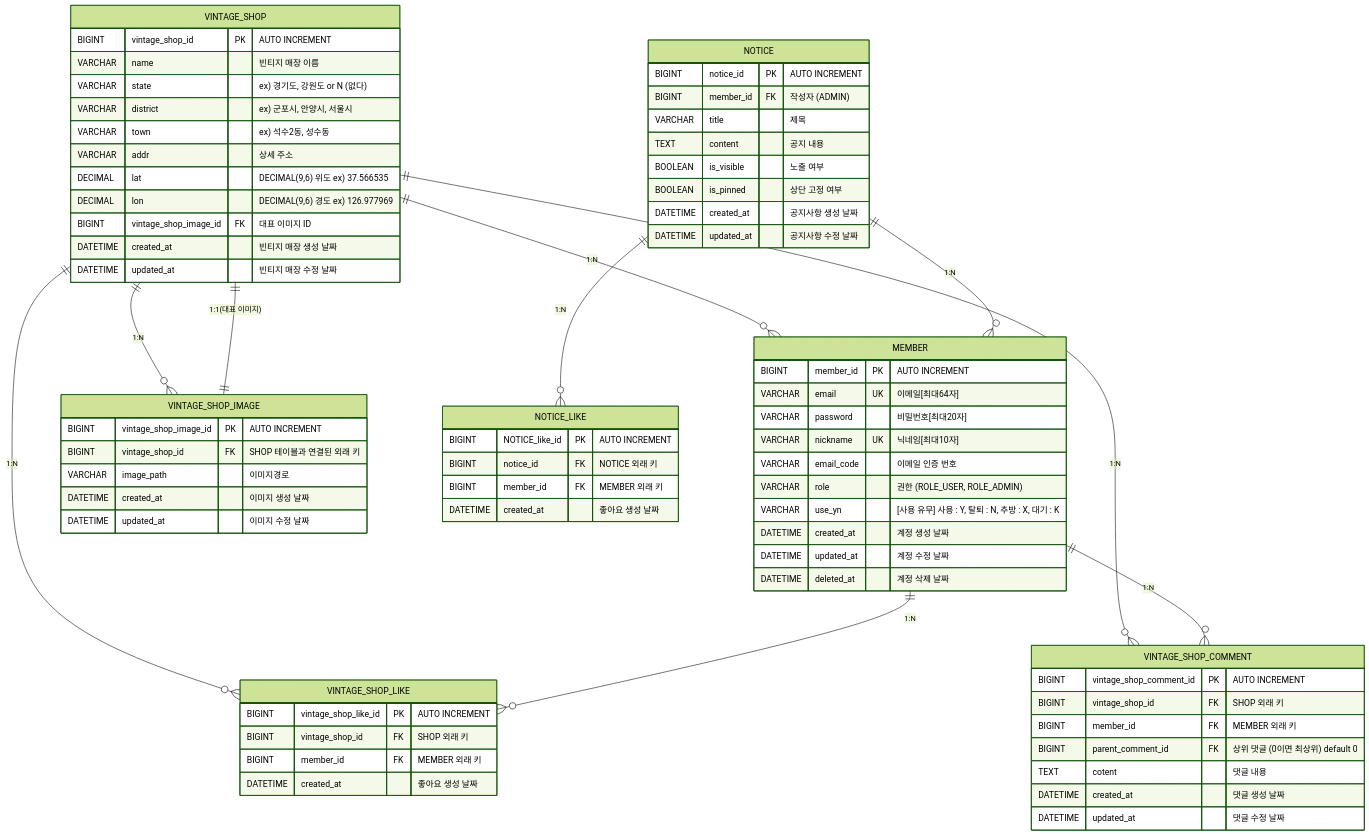
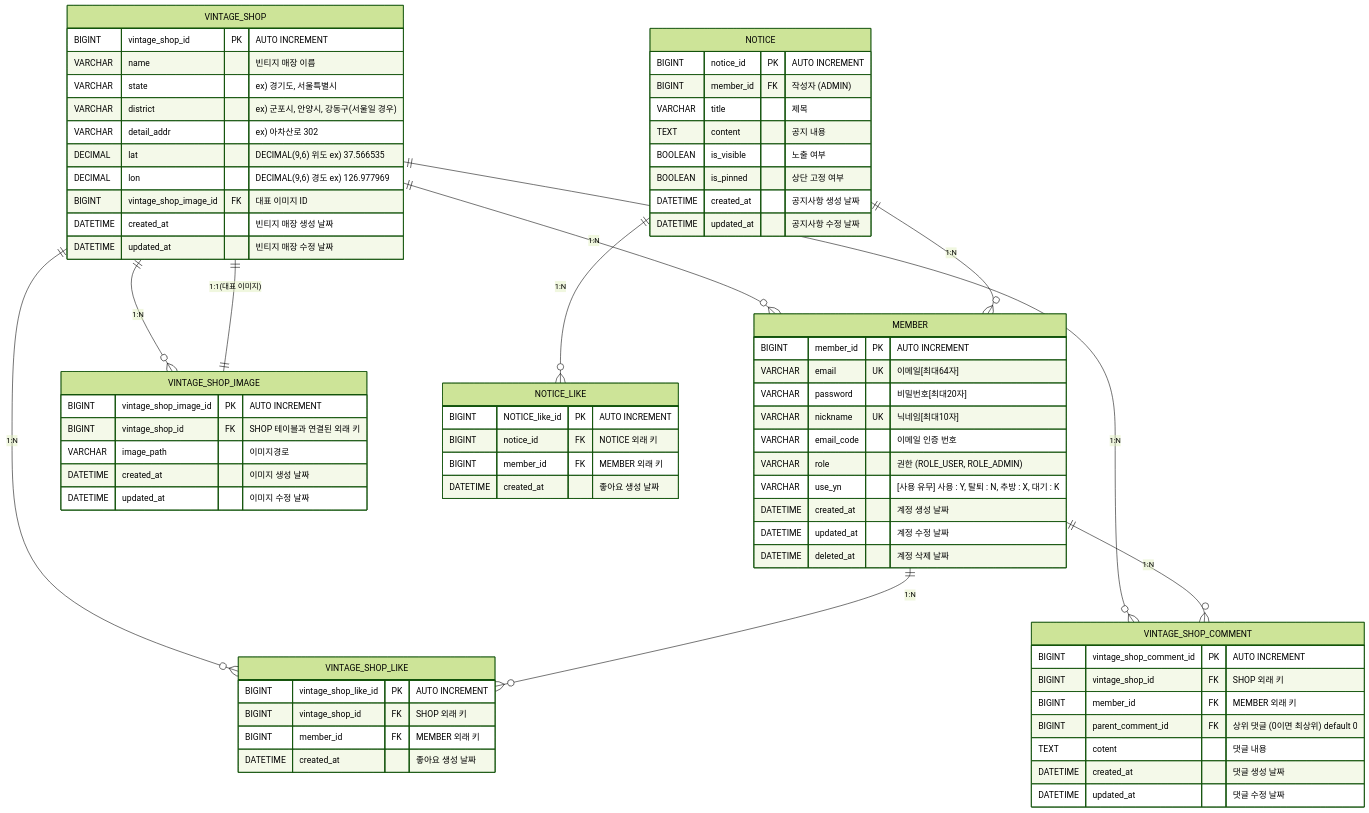
Before and after one commit to kimyezzang97/NewVintly: the diagram in docs/erd/erd.md, drawn with Mermaid.

Commit message:
docs: VINTAGE_SHOP 테이블 수정

```diff
--- a/docs/erd/erd.md
+++ b/docs/erd/erd.md
@@ -20,10 +20,9 @@
     VINTAGE_SHOP {
         BIGINT vintage_shop_id PK "AUTO INCREMENT"
         VARCHAR name "빈티지 매장 이름"
-        VARCHAR state "ex) 경기도, 강원도 or N (없다)"
-        VARCHAR district "ex) 군포시, 안양시, 서울시"
-        VARCHAR town "ex) 석수2동, 성수동"
-        VARCHAR addr "상세 주소"
+        VARCHAR state "ex) 경기도, 서울특별시"
+        VARCHAR district "ex) 군포시, 안양시, 강동구(서울일 경우)"
+        VARCHAR detail_addr "ex) 아차산로 302"
         DECIMAL lat "DECIMAL(9,6) 위도 ex) 37.566535"
         DECIMAL lon "DECIMAL(9,6) 경도 ex) 126.977969"
         BIGINT vintage_shop_image_id FK "대표 이미지 ID"
```
